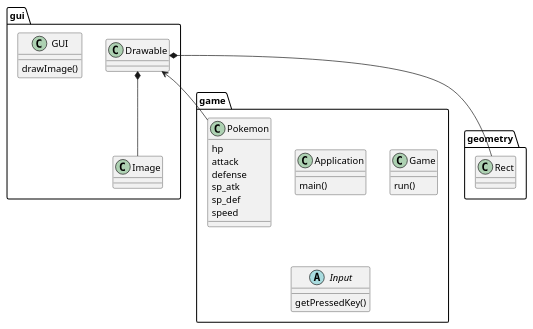
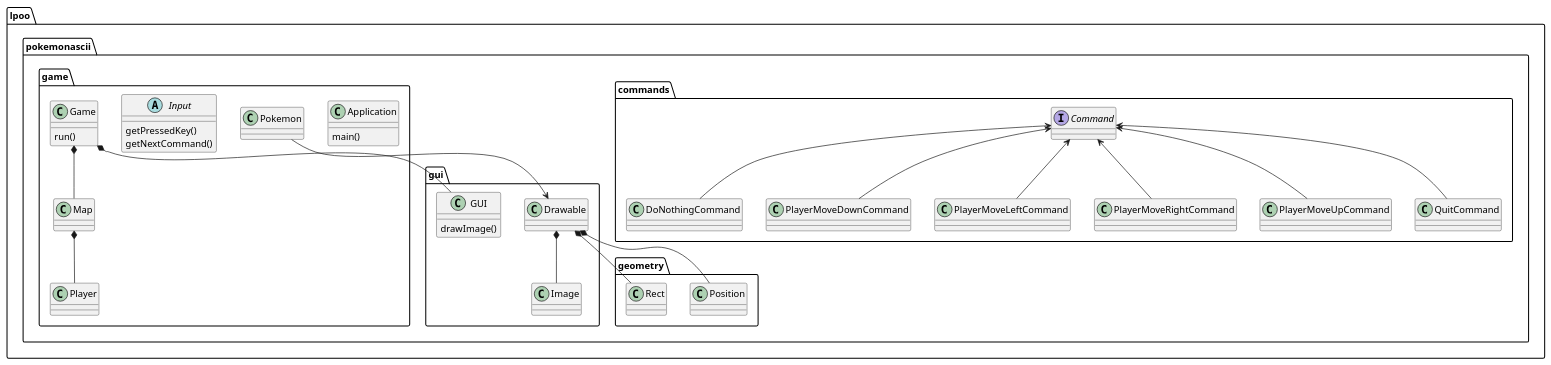
The diagram in uml.puml (Educorreia932/FEUP-LPOO), drawn with PlantUML before and after one commit. The commit also changed 648 other files, not shown here.

```diff
--- a/uml.puml
+++ b/uml.puml
@@ -1,40 +1,64 @@
 @startuml
 
-package gui {
-    class Drawable 
+package lpoo.pokemonascii.commands {
+    interface Command
+    class DoNothingCommand
+    class PlayerMoveDownCommand
+    class PlayerMoveLeftCommand
+    class PlayerMoveRightCommand
+    class PlayerMoveUpCommand
+    class QuitCommand
+}
+
+package lpoo.pokemonascii.game {
+    class Application {
+        main()
+    }
+
+    class Game {
+        run()
+    }
+
+    abstract class Input {
+        getPressedKey()
+        getNextCommand()
+    }
+
+    class Map
+    class Player
+    class Pokemon
+}
+
+package lpoo.pokemonascii.geometry {
+    class Position
+    class Rect
+}
+
+package lpoo.pokemonascii.gui {
+    class Drawable
 
     class GUI {
         drawImage()
     }
 
     class Image
 }
 
-class game.Application {
-    main()
-}
+Command <-- DoNothingCommand
+Command <-- PlayerMoveDownCommand
+Command <-- PlayerMoveLeftCommand
+Command <-- PlayerMoveRightCommand
+Command <-- PlayerMoveUpCommand
+Command <-- QuitCommand
 
-class game.Game {
-    run()
-}
+Drawable *-- Image
+Drawable *-- Rect
+Drawable *-- Position
+Drawable <-- Pokemon
 
-abstract class game.Input {
-    getPressedKey()
-}
+Game *-- GUI
+Game *-- Map
 
-class game.Pokemon {
-    hp
-    attack
-    defense
-    sp_atk
-    sp_def
-    speed
-}
-
-class geometry.Rect
- 
-Drawable *-- Image
-Drawable *-- geometry.Rect
-Drawable <-- game.Pokemon
+Map *-- Player
 
 @enduml
```
